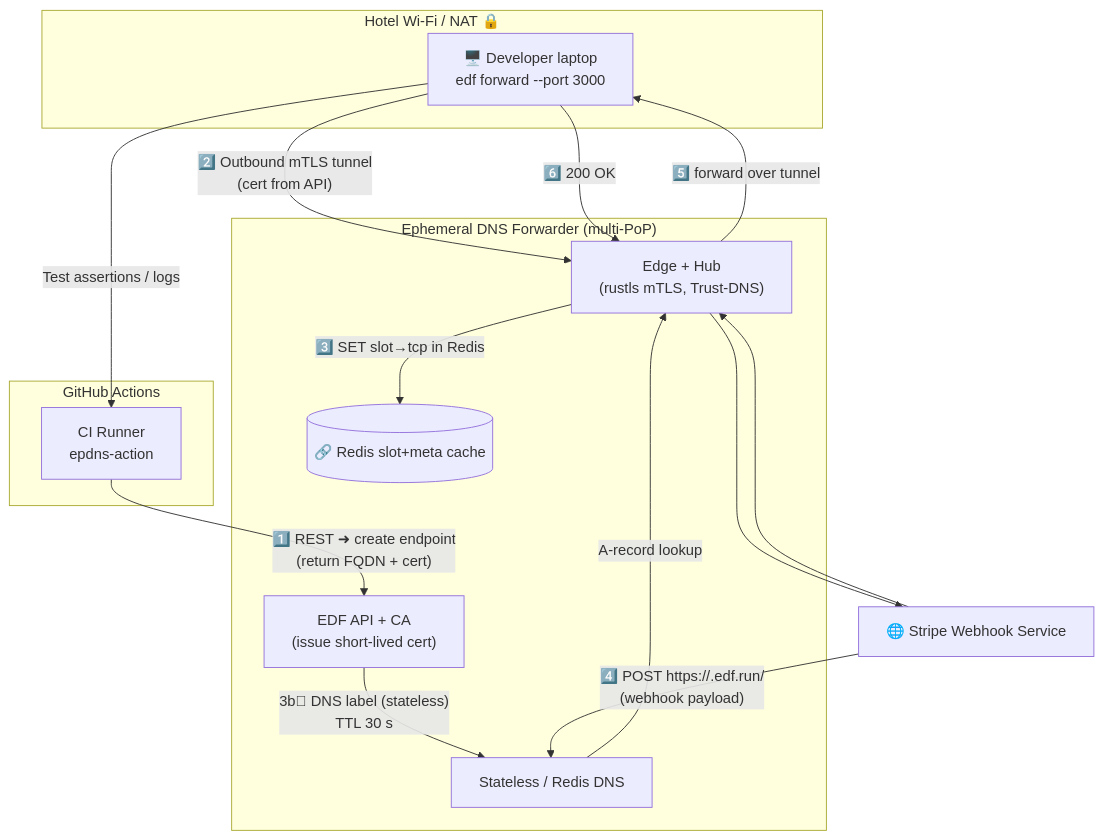
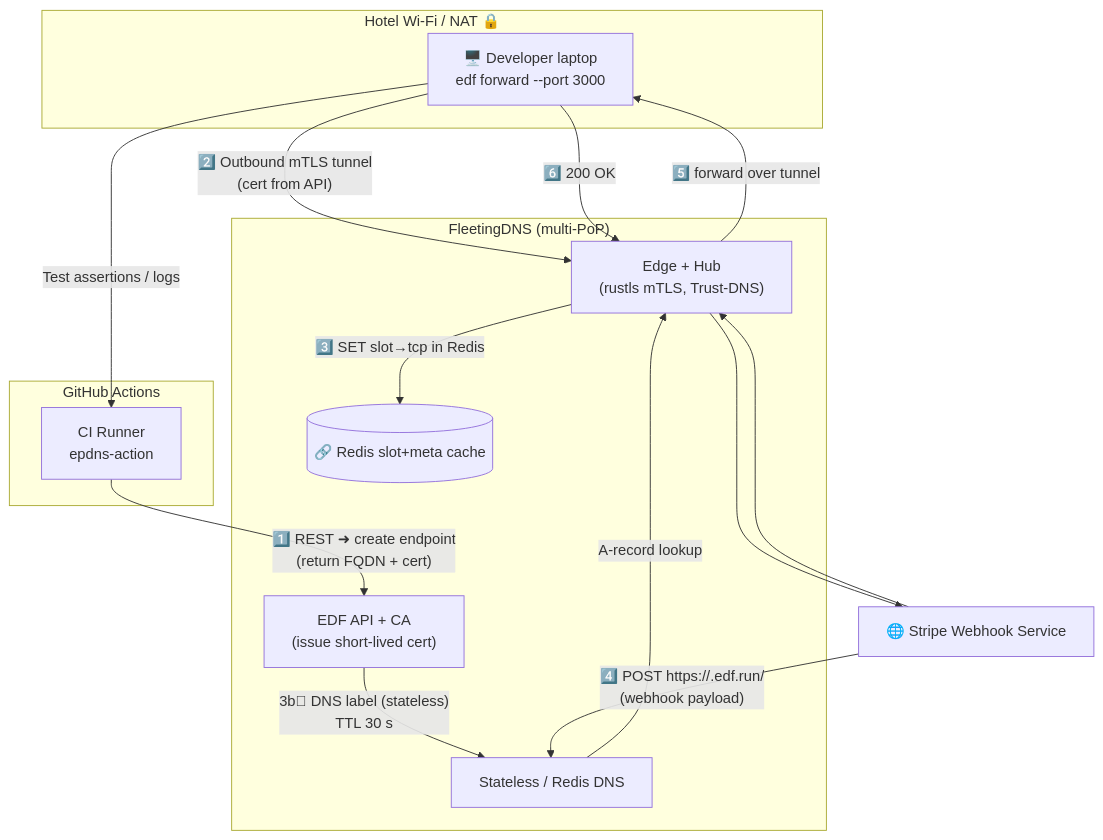
Before and after one commit to microscaler/fleetingdns: the first of 4 diagrams in README.md, drawn with Mermaid. The commit also changed other lines of this file and 65 other files, not shown here.

First line of the commit message:
Standardize naming: Replace 'Ephemeral DNS Forwarder' with 'FleetingDNS' across all documentation

````diff
--- a/README.md
+++ b/README.md
@@ -32,37 +32,37 @@
 ```mermaid
 flowchart TD
     %% Actors
     subgraph Hotel_Network["Hotel Wi-Fi / NAT 🔒"]
         DevLaptop["🖥️ Developer laptop <br/> edf forward --port 3000"]
     end
 
     subgraph GitHub_Cloud["GitHub Actions"]
         GHRunner["CI Runner<br/>epdns-action"]
     end
 
-    subgraph EDF_Cloud["Ephemeral DNS Forwarder (multi-PoP)"]
+    subgraph EDF_Cloud["FleetingDNS (multi-PoP)"]
         API["EDF API + CA<br/>(issue short-lived cert)"]
         Redis[(🔗 Redis slot+meta cache)]
         EdgeHub["Edge + Hub<br/>(rustls mTLS, Trust-DNS)"]
         DNSAuth["Stateless / Redis DNS"]
     end
 
     Stripe["🌐 Stripe Webhook Service"]
 
     %% Provisioning / control plane
     GHRunner -- "1️⃣ REST ➜ create endpoint<br/>(return FQDN + cert)" --> API
     DevLaptop -- "2️⃣ Outbound mTLS tunnel<br/>(cert from API)" --> EdgeHub
     EdgeHub -- "3️⃣ SET slot→tcp in Redis" --> Redis
     API -- "3b️⃣ DNS label (stateless)<br/>TTL 30 s" --> DNSAuth
 
     %% Web-hook data plane
     Stripe -- "4️⃣ POST https://<label>.edf.run/<br/>(webhook payload)" --> DNSAuth
     DNSAuth -- "A-record lookup" --> EdgeHub
     Stripe ---> EdgeHub
     EdgeHub -- "5️⃣ forward over tunnel" --> DevLaptop
     DevLaptop -- "6️⃣ 200 OK" --> EdgeHub
     EdgeHub --> Stripe
 
     %% Return path for CI logs
     DevLaptop -- "Test assertions / logs" --> GHRunner
 ```
````
